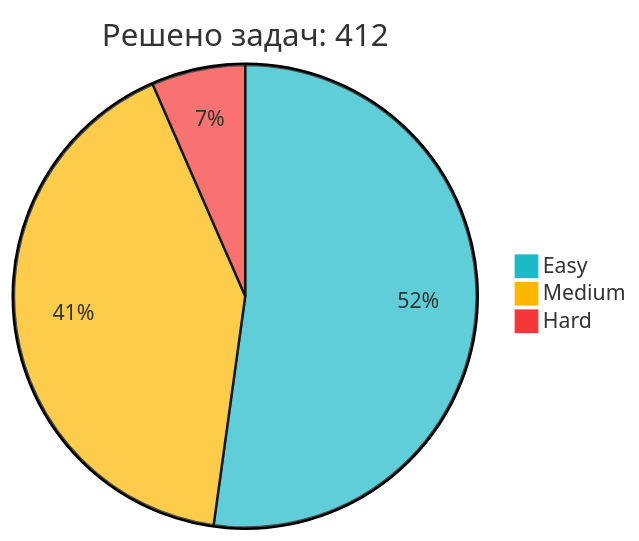
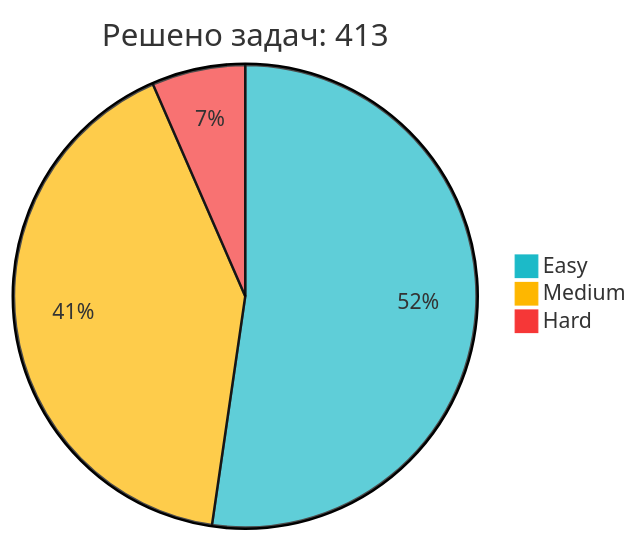
The diagram in README.md (IliaKurdukov/IliaKurdukov), drawn with Mermaid before and after one commit. The commit also changed other lines of this file, not shown here.

Commit message:
📈 Обновление статистики LeetCode

````diff
--- a/README.md
+++ b/README.md
@@ -51,7 +51,7 @@
 ```mermaid
 %%{init: {'theme': 'base', 'themeVariables': { 'pie1': '#1CBAC8', 'pie2': '#FEB700', 'pie3': '#F63737' }, 'config': {'width': 300, 'height': 200}}}%%
-pie title Решено задач: 412
-   "Easy" : 215
+pie title Решено задач: 413
+   "Easy" : 216
    "Medium" : 170
    "Hard" : 27
 ```
````
